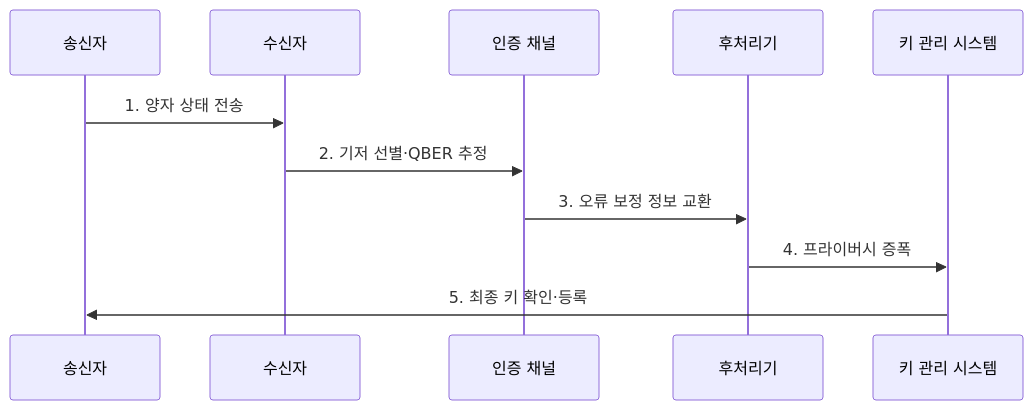
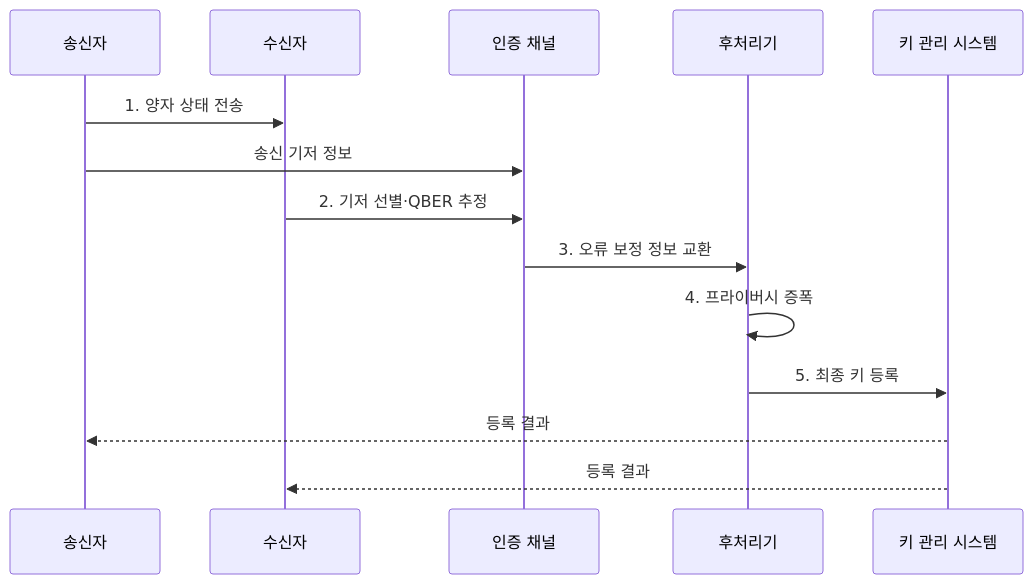
Before and after one commit to agnusdei1207/knowledge-base: the second of 2 diagrams in src/content/docs/notes/05-security/014_quantum_key_distribution.md, drawn with Mermaid. The commit also changed other lines of this file and 20 other files, not shown here.

````diff
--- a/src/content/docs/notes/05-security/014_quantum_key_distribution.md
+++ b/src/content/docs/notes/05-security/014_quantum_key_distribution.md
@@ -92,13 +93,16 @@
 ```mermaid
 sequenceDiagram
     participant A as 송신자
     participant B as 수신자
     participant C as 인증 채널
     participant P as 후처리기
     participant K as 키 관리 시스템
     A->>B: 1. 양자 상태 전송
+    A->>C: 송신 기저 정보
     B->>C: 2. 기저 선별·QBER 추정
     C->>P: 3. 오류 보정 정보 교환
-    P->>K: 4. 프라이버시 증폭
-    K->>A: 5. 최종 키 확인·등록
+    P->>P: 4. 프라이버시 증폭
+    P->>K: 5. 최종 키 등록
+    K-->>A: 등록 결과
+    K-->>B: 등록 결과
 ```
````
